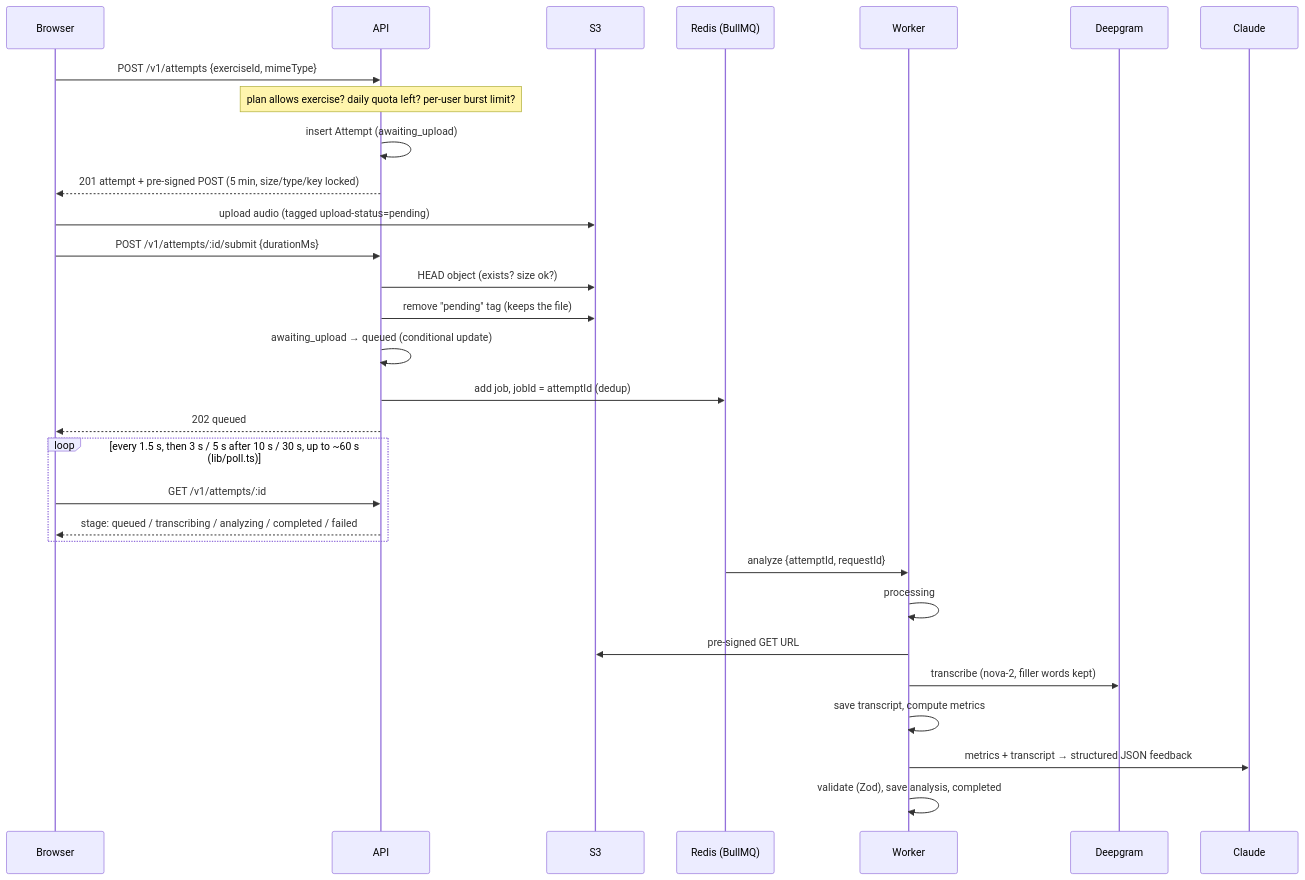
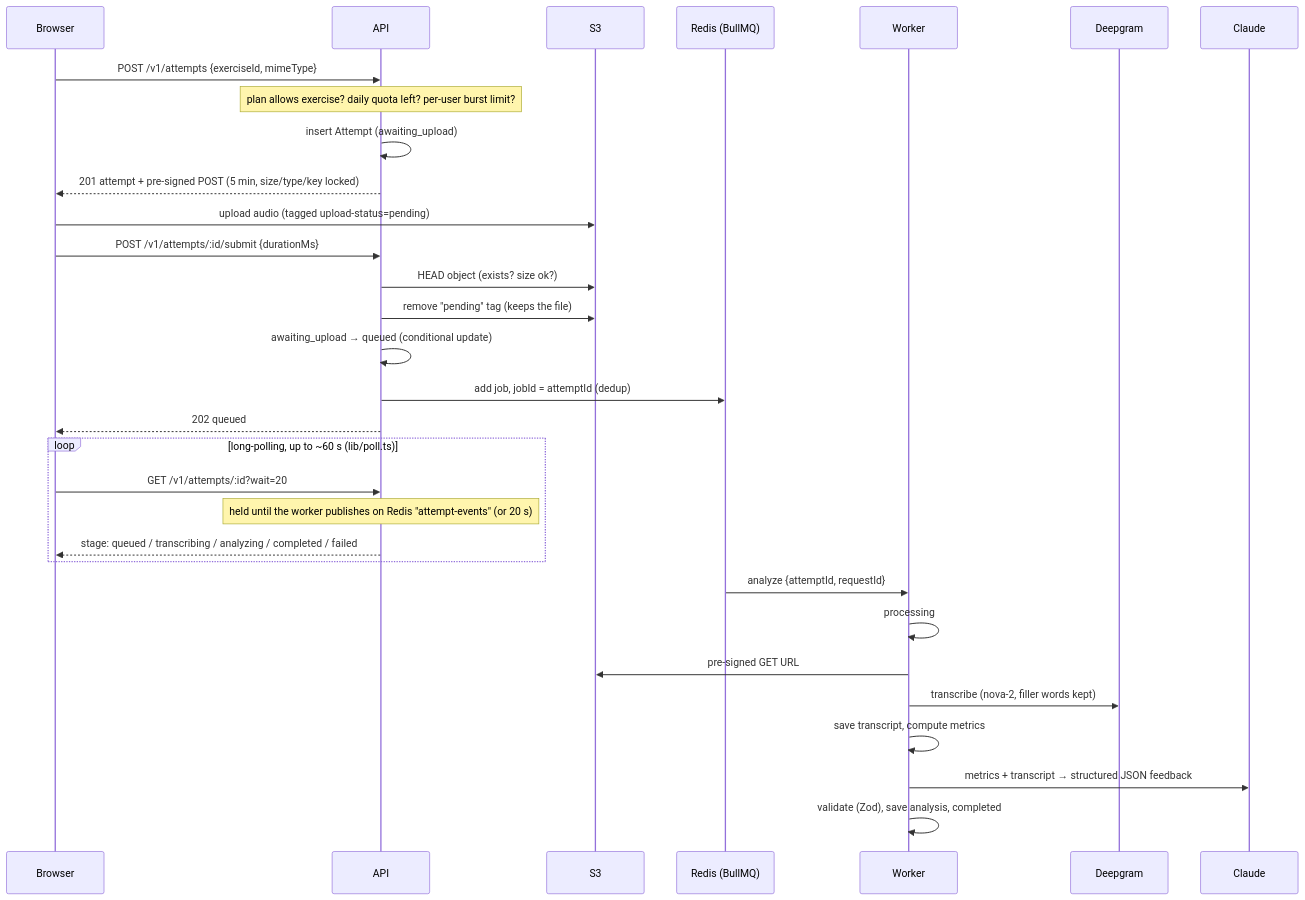
The second of 5 diagrams in docs/architecture.md (HrynchukTymofii/SpeakUp), drawn with Mermaid before and after one commit. The commit also changed 22 other files, not shown here.

First line of the commit message:
feat: results arrive the moment they're ready (long-polling)

````diff
--- a/docs/architecture.md
+++ b/docs/architecture.md
@@ -77,33 +77,34 @@
 ```mermaid
 sequenceDiagram
   participant B as Browser
   participant A as API
   participant S as S3
   participant Q as Redis (BullMQ)
   participant W as Worker
   participant D as Deepgram
   participant C as Claude
 
   B->>A: POST /v1/attempts {exerciseId, mimeType}
   Note over A: plan allows exercise? daily quota left? per-user burst limit?
   A->>A: insert Attempt (awaiting_upload)
   A-->>B: 201 attempt + pre-signed POST (5 min, size/type/key locked)
   B->>S: upload audio (tagged upload-status=pending)
   B->>A: POST /v1/attempts/:id/submit {durationMs}
   A->>S: HEAD object (exists? size ok?)
   A->>S: remove "pending" tag (keeps the file)
   A->>A: awaiting_upload → queued (conditional update)
   A->>Q: add job, jobId = attemptId (dedup)
   A-->>B: 202 queued
-  loop every 1.5 s, then 3 s / 5 s after 10 s / 30 s, up to ~60 s (lib/poll.ts)
-    B->>A: GET /v1/attempts/:id
+  loop long-polling, up to ~60 s (lib/poll.ts)
+    B->>A: GET /v1/attempts/:id?wait=20
+    Note over A: held until the worker publishes on Redis "attempt-events" (or 20 s)
     A-->>B: stage: queued / transcribing / analyzing / completed / failed
   end
   Q->>W: analyze {attemptId, requestId}
   W->>W: processing
   W->>S: pre-signed GET URL
   W->>D: transcribe (nova-2, filler words kept)
   W->>W: save transcript, compute metrics
   W->>C: metrics + transcript → structured JSON feedback
   W->>W: validate (Zod), save analysis, completed
 ```
````
